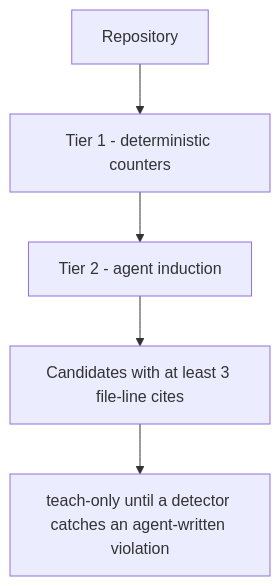
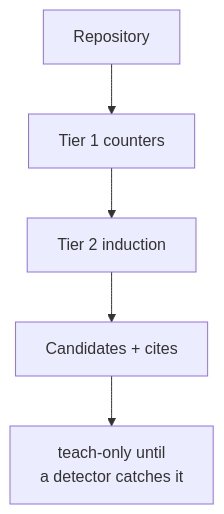
One commit to Amaresh/deslop changed the fifth of 5 diagrams in README.md. Above: the diagram before and after it, drawn with Mermaid. The commit also changed other lines of this file, not shown here.

First line of the commit message:
docs: shorten mermaid labels so GitHub does not clip them

````diff
--- a/README.md
+++ b/README.md
@@ -177,7 +177,7 @@
 ```mermaid
 flowchart TD
-  R["Repository"] --> T1["Tier 1 - deterministic counters"]
-  T1 --> T2["Tier 2 - agent induction"]
-  T2 --> C["Candidates with at least 3 file-line cites"]
-  C --> H["teach-only until a detector catches an agent-written violation"]
+  R["Repository"] --> T1["Tier 1 counters"]
+  T1 --> T2["Tier 2 induction"]
+  T2 --> C["Candidates + cites"]
+  C --> H["teach-only until<br/>a detector catches it"]
 ```
````
